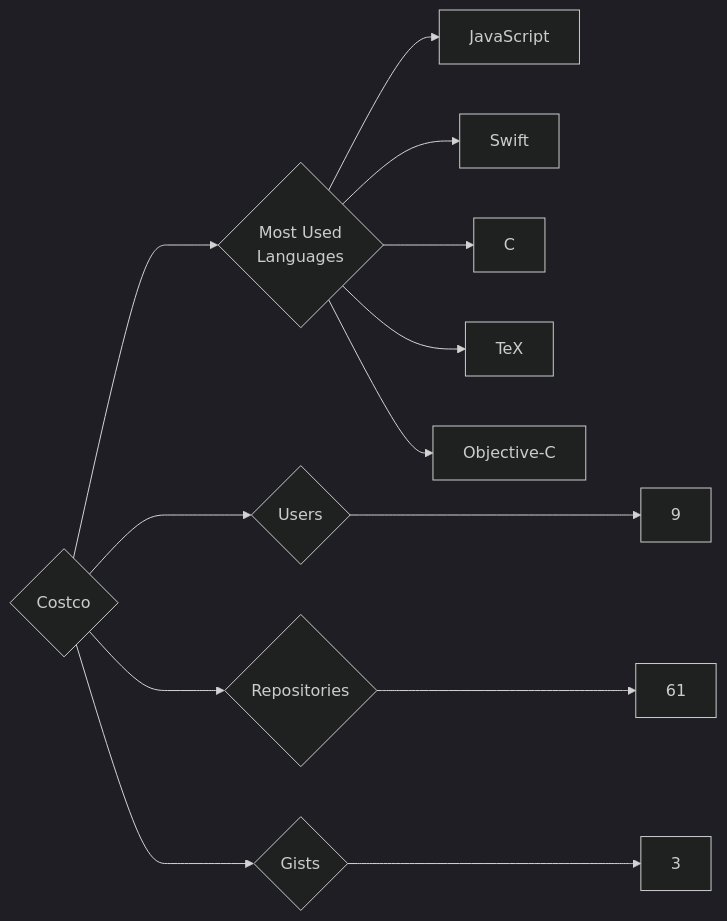
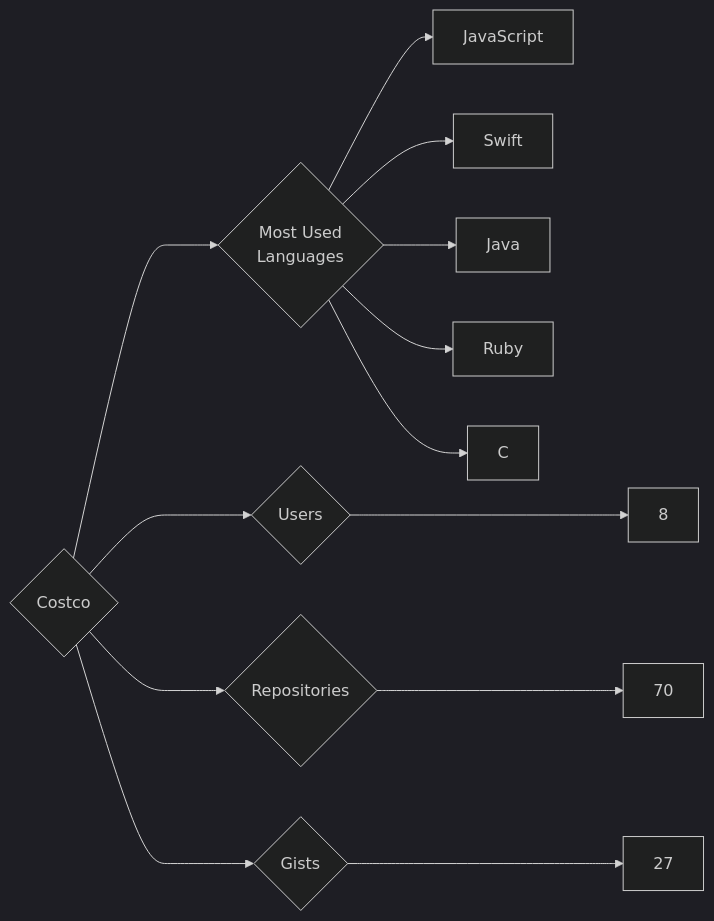
Before and after one commit to trickest/insiders: the diagram in targets/Costco/README.md, drawn with Mermaid (dark theme). The commit also changed 1120 other files, not shown here.

````diff
--- a/targets/Costco/README.md
+++ b/targets/Costco/README.md
@@ -3,13 +3,13 @@
 ```mermaid
 graph LR
 COMPANY_NAME{Costco}
-COMPANY_NAME ---> U{Users} ---> UN[9]
-COMPANY_NAME ---> R{Repositories} ---> RN[61]
-COMPANY_NAME ---> G{Gists} ---> GN[3]
+COMPANY_NAME ---> U{Users} ---> UN[8]
+COMPANY_NAME ---> R{Repositories} ---> RN[70]
+COMPANY_NAME ---> G{Gists} ---> GN[27]
 COMPANY_NAME ---> ML{Most Used<br>Languages}
 ML --> JavaScript[JavaScript]
 ML --> Swift[Swift]
+ML --> Java[Java]
+ML --> Ruby[Ruby]
 ML --> C[C]
-ML --> TeX[TeX]
-ML --> Objective-C[Objective-C]
 ```
````
